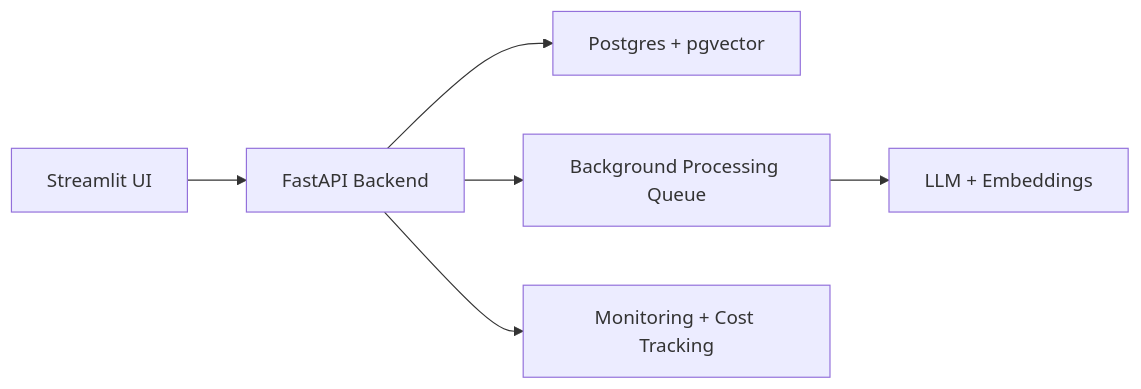
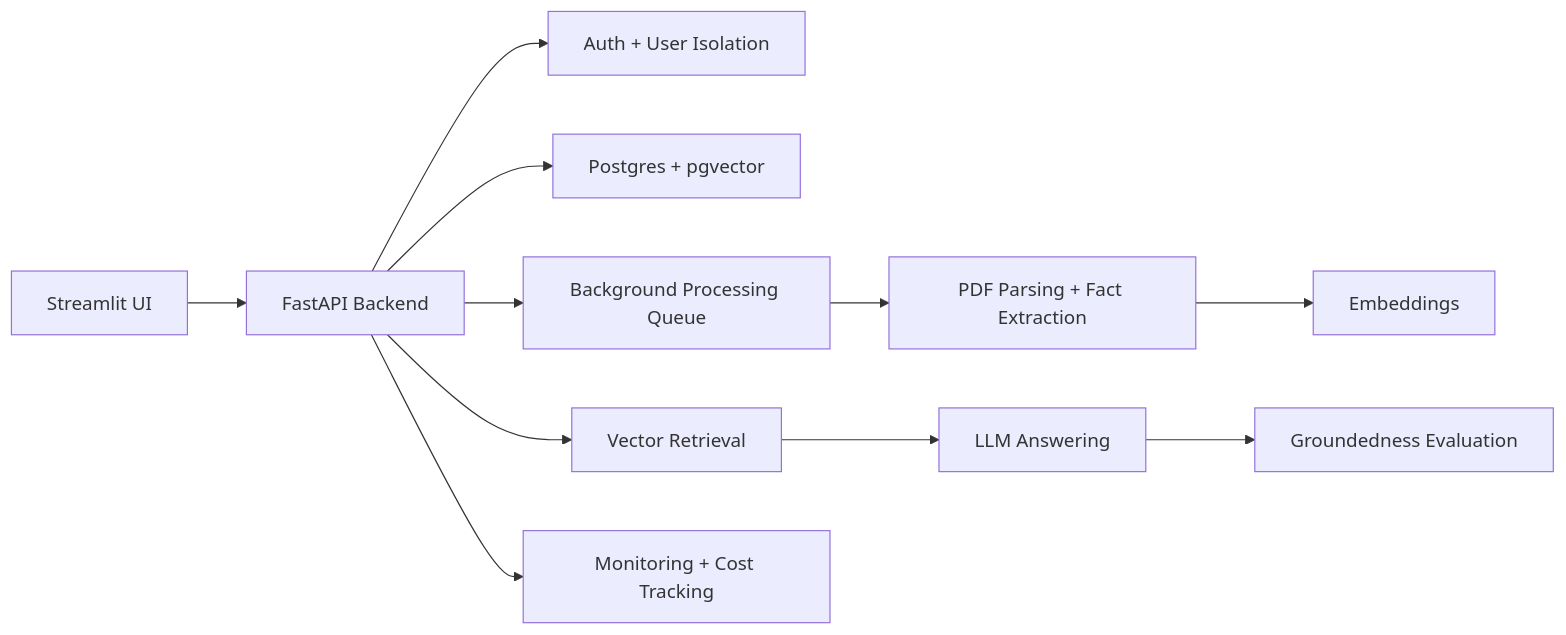
One commit to GulshanB01/AskMyDocs changed the diagram in README.md. Above: the diagram before and after it, drawn with Mermaid. The commit also changed other lines of this file and 32 other files, not shown here.

````diff
--- a/README.md
+++ b/README.md
@@ -54,8 +23,13 @@
 ```mermaid
 flowchart LR
     U["Streamlit UI"] --> A["FastAPI Backend"]
+    A --> Auth["Auth + User Isolation"]
     A --> DB["Postgres + pgvector"]
     A --> Q["Background Processing Queue"]
-    Q --> L["LLM + Embeddings"]
+    Q --> PDF["PDF Parsing + Fact Extraction"]
+    PDF --> E["Embeddings"]
+    A --> R["Vector Retrieval"]
+    R --> L["LLM Answering"]
+    L --> G["Groundedness Evaluation"]
     A --> M["Monitoring + Cost Tracking"]
 ```
````
